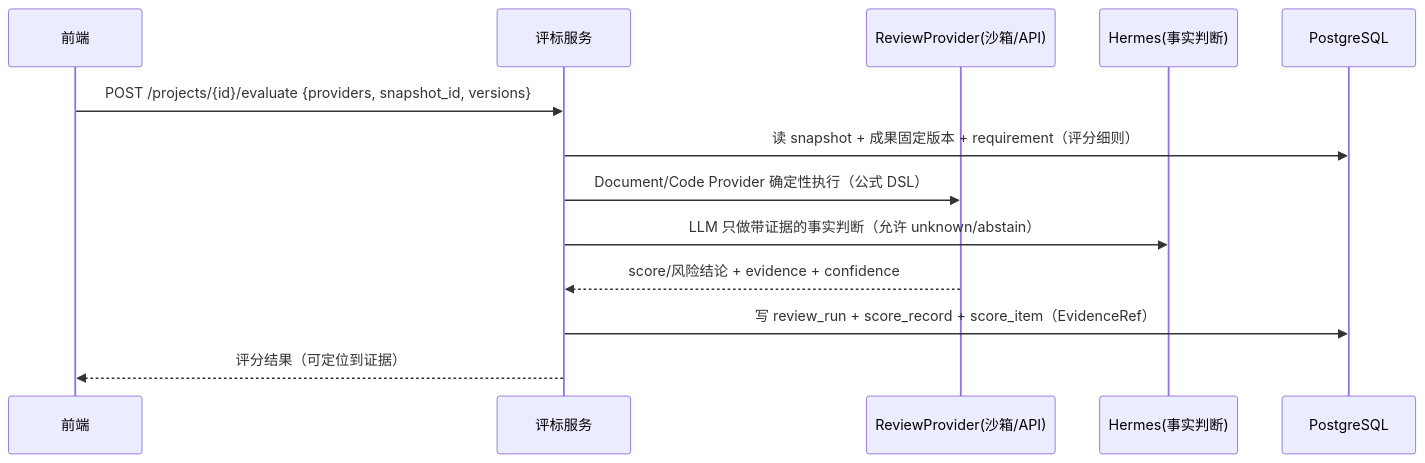
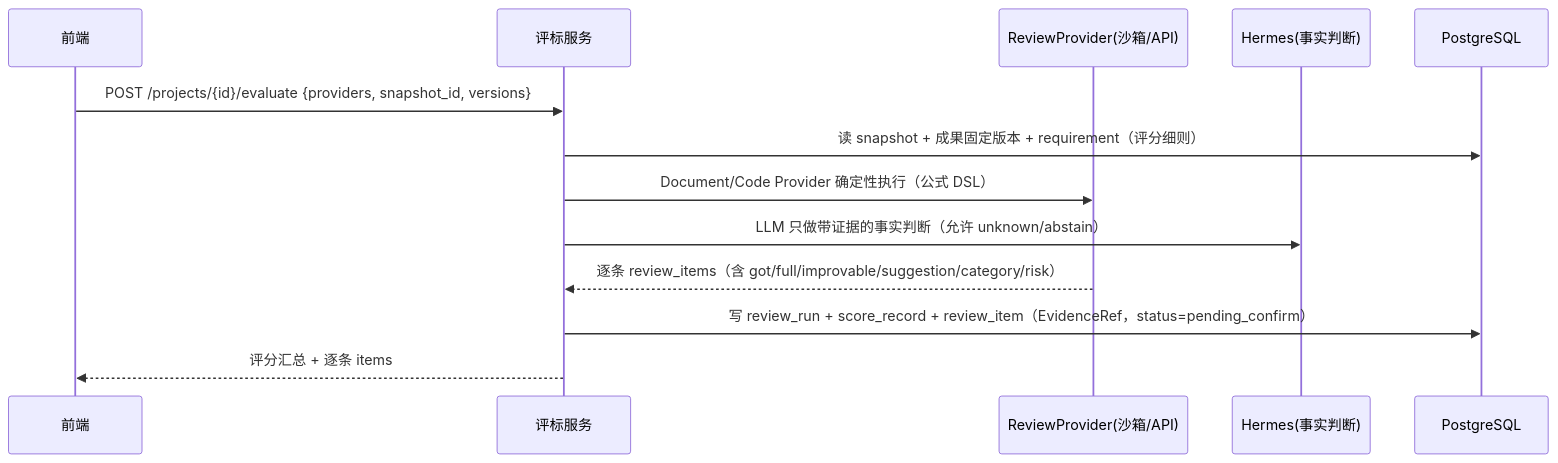
One commit to aotocode2026/BidVolt changed the eighth of 11 diagrams in docs/模块细化设计.md. Above: the diagram before and after it, drawn with Mermaid. The commit also changed other lines of this file and 3 other files, not shown here.

````diff
--- a/docs/模块细化设计.md
+++ b/docs/模块细化设计.md
@@ -764,15 +802,15 @@
 ```mermaid
 sequenceDiagram
     participant U as 前端
     participant API as 评标服务
     participant P as ReviewProvider(沙箱/API)
     participant H as Hermes(事实判断)
     participant DB as PostgreSQL
     U->>API: POST /projects/{id}/evaluate {providers, snapshot_id, versions}
     API->>DB: 读 snapshot + 成果固定版本 + requirement（评分细则）
     API->>P: Document/Code Provider 确定性执行（公式 DSL）
     API->>H: LLM 只做带证据的事实判断（允许 unknown/abstain）
-    P-->>API: score/风险结论 + evidence + confidence
-    API->>DB: 写 review_run + score_record + score_item（EvidenceRef）
-    API-->>U: 评分结果（可定位到证据）
+    P-->>API: 逐条 review_items（含 got/full/improvable/suggestion/category/risk）
+    API->>DB: 写 review_run + score_record + review_item（EvidenceRef，status=pending_confirm）
+    API-->>U: 评分汇总 + 逐条 items
 ```
````
